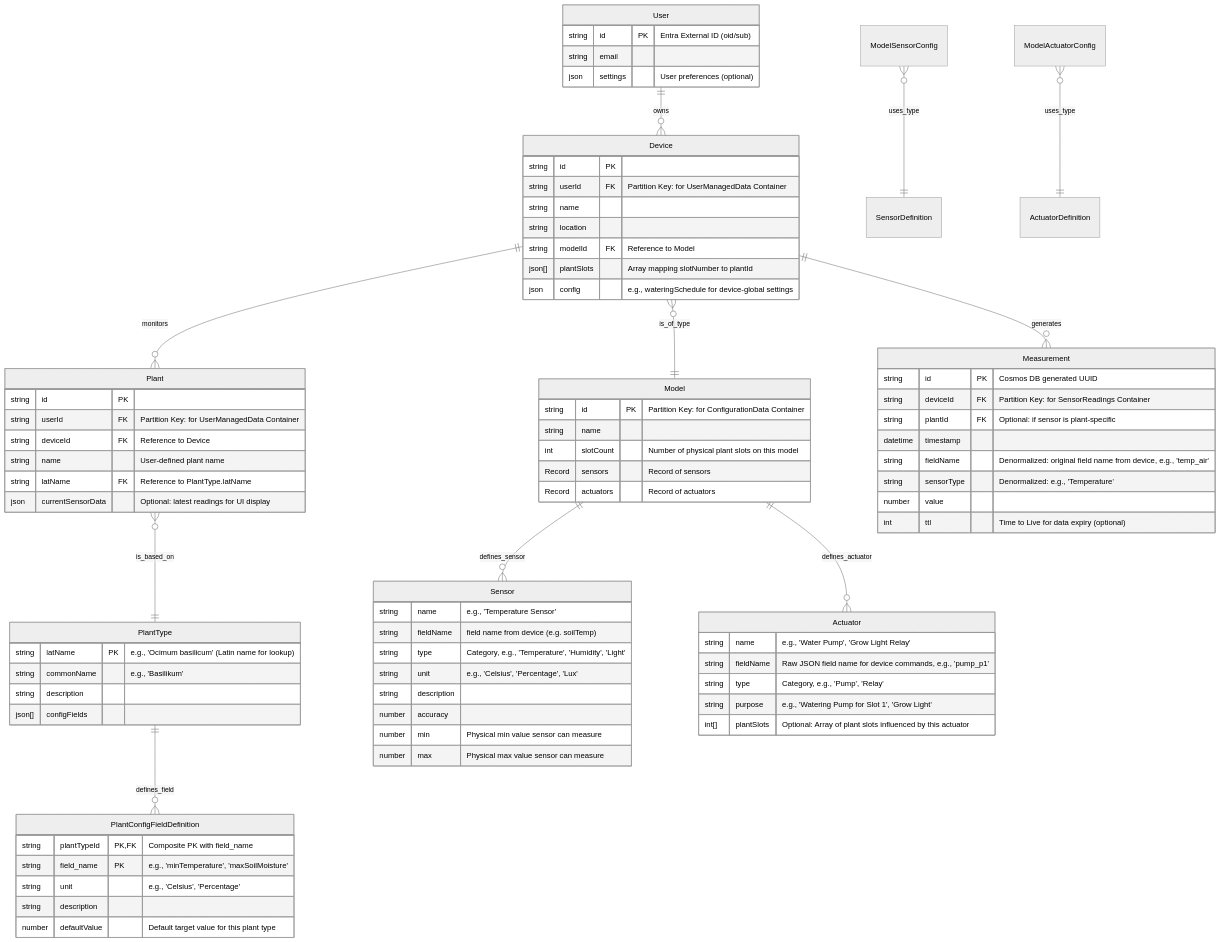
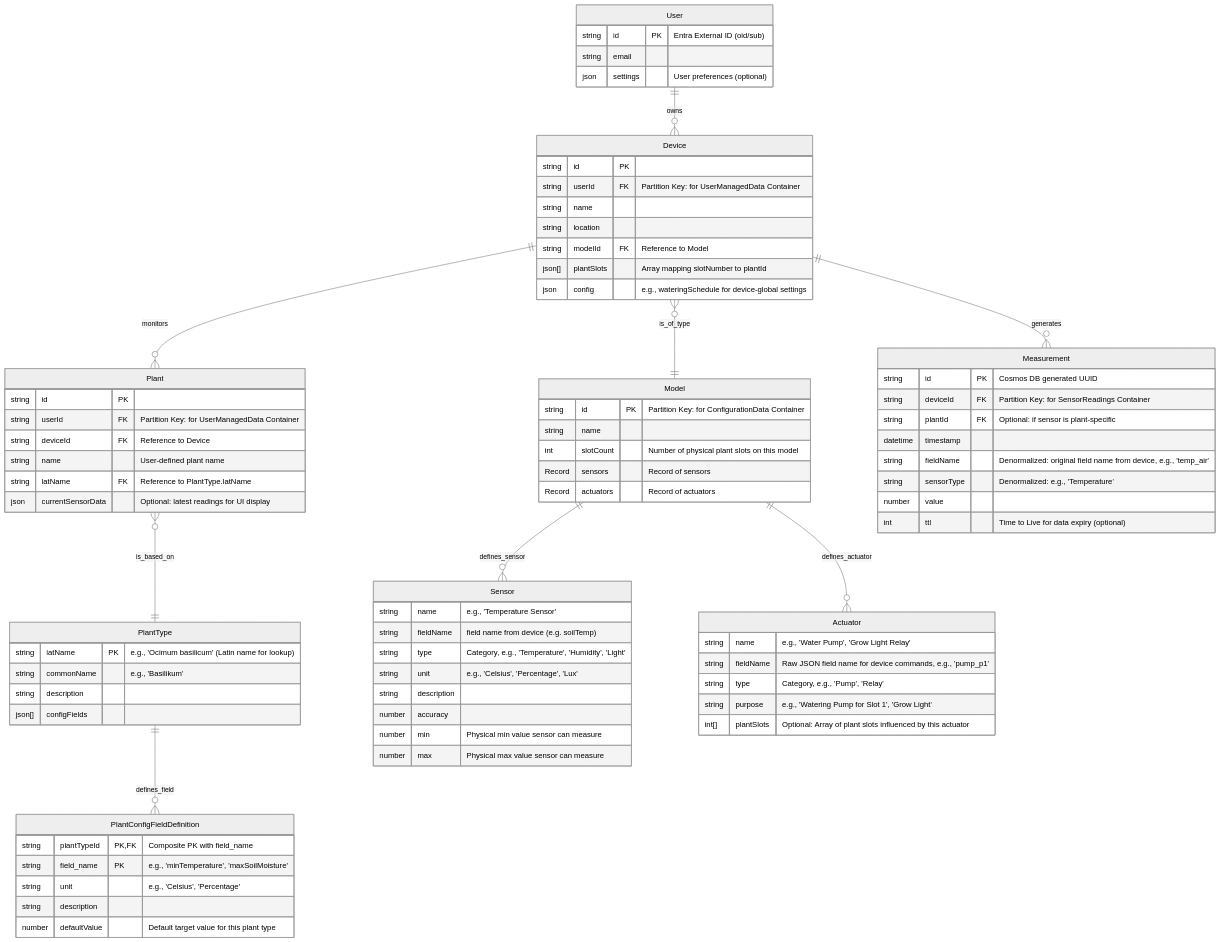
Before and after one commit to VadimSokow/Plantmatic: the diagram in doc/diagrams/db_reworked.mermaid, drawn with Mermaid (neutral theme).

Commit message:
Deleted unnecessary Containers in DB-Model

```diff
--- a/doc/diagrams/db_reworked.mermaid
+++ b/doc/diagrams/db_reworked.mermaid
@@ -1,95 +1,93 @@
 erDiagram
     User ||--o{ Device: owns
     Device ||--o{ Plant: monitors
     Device }o--|| Model: is_of_type
     Plant }o--|| PlantType: is_based_on
     Device ||--o{ Measurement: generates
     Model ||--o{ Sensor: defines_sensor
     Model ||--o{ Actuator: defines_actuator
-    ModelSensorConfig }o--|| SensorDefinition: uses_type
-    ModelActuatorConfig }o--|| ActuatorDefinition: uses_type
     PlantType ||--o{ PlantConfigFieldDefinition: defines_field
 
     User {
         string id PK "Entra External ID (oid/sub)"
         string email
         json settings "User preferences (optional)"
     }
 
     Device {
         string id PK
         string userId FK "Partition Key: for UserManagedData Container"
         string name
         string location
         string modelId FK "Reference to Model"
         json[] plantSlots "Array mapping slotNumber to plantId"
     %% datetime lastSeen "Timestamp of last contact (optional, from IoT Hub)"
     %% string status "Derived from lastSeen (optional)"
         json config "e.g., wateringSchedule for device-global settings"
     }
 
     Plant {
         string id PK
         string userId FK "Partition Key: for UserManagedData Container"
         string deviceId FK "Reference to Device"
         string name "User-defined plant name"
         string latName FK "Reference to PlantType.latName"
     %% json config removed, defaults now in PlantConfigFieldDefinition
         json currentSensorData "Optional: latest readings for UI display"
     }
 
     Model {
         string id PK "Partition Key: for ConfigurationData Container"
         string name
         int slotCount "Number of physical plant slots on this model"
         Record sensors "Record of sensors"
         Record actuators "Record of actuators"
     }
 
     Sensor {
         string name "e.g., 'Temperature Sensor'"
         string fieldName "field name from device (e.g. soilTemp)"
         string type "Category, e.g., 'Temperature', 'Humidity', 'Light'"
         string unit "e.g., 'Celsius', 'Percentage', 'Lux'"
         string description
         number accuracy
         number min "Physical min value sensor can measure"
         number max "Physical max value sensor can measure"
     }
 
     Actuator {
         string name "e.g., 'Water Pump', 'Grow Light Relay'"
         string fieldName "Raw JSON field name for device commands, e.g., 'pump_p1'"
         string type "Category, e.g., 'Pump', 'Relay'"
         string  purpose "e.g., 'Watering Pump for Slot 1', 'Grow Light'"
         int[] plantSlots "Optional: Array of plant slots influenced by this actuator"
     }
 
 
 
 
     PlantType {
         string latName PK "e.g., 'Ocimum basilicum' (Latin name for lookup)"
         string commonName "e.g., 'Basilikum'"
         string description
         json[] configFields
     }
 
     PlantConfigFieldDefinition {
         string plantTypeId PK, FK "Composite PK with field_name"
         string field_name PK "e.g., 'minTemperature', 'maxSoilMoisture'"
         string unit "e.g., 'Celsius', 'Percentage'"
         string description
         number defaultValue "Default target value for this plant type"
     }
 
     Measurement {
         string id PK "Cosmos DB generated UUID"
         string deviceId FK "Partition Key: for SensorReadings Container"
         string plantId FK "Optional: if sensor is plant-specific"
         datetime timestamp
         string fieldName "Denormalized: original field name from device, e.g., 'temp_air'"
         string sensorType "Denormalized: e.g., 'Temperature'"
         number value
         int ttl "Time to Live for data expiry (optional)"
     }
```
